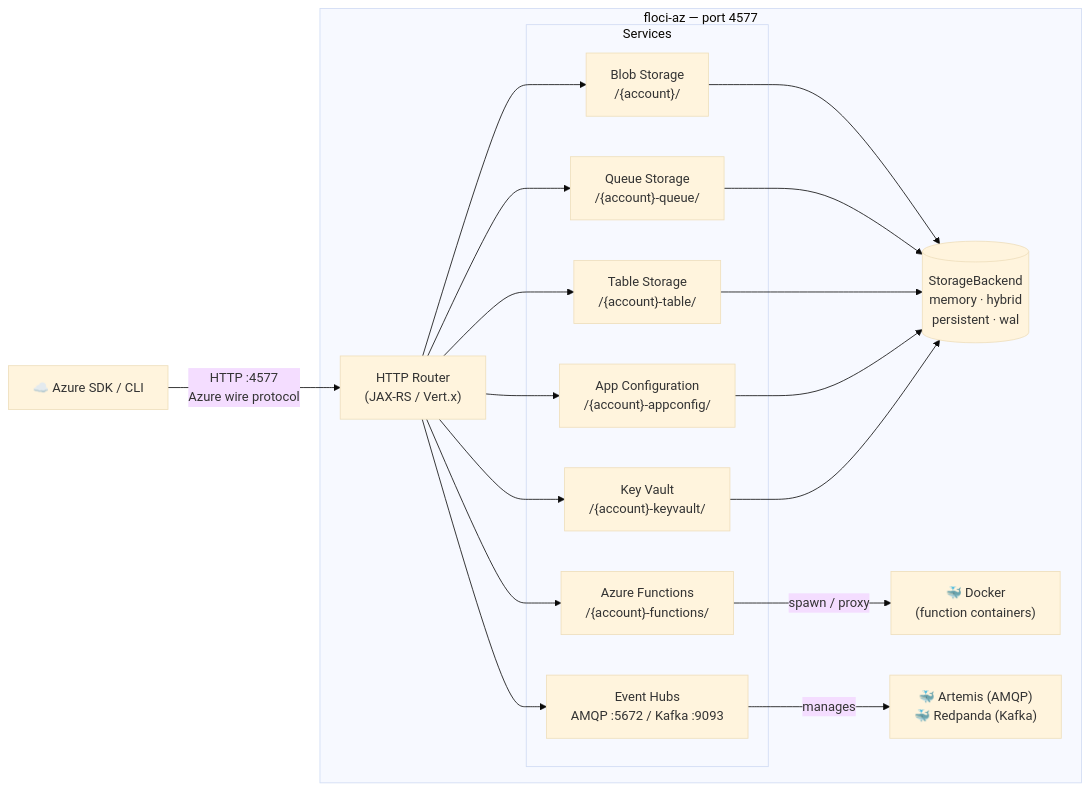
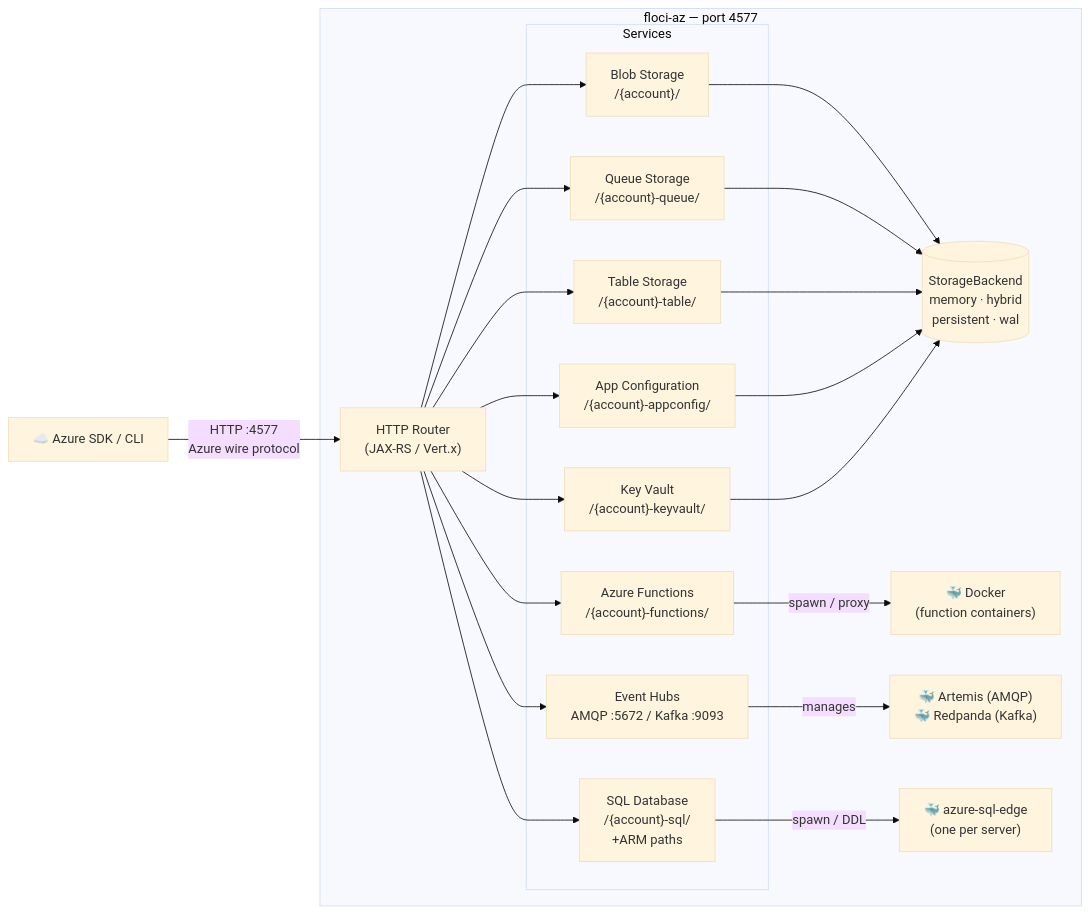
One commit to floci-io/floci-az changed the diagram in README.md. Above: the diagram before and after it, drawn with Mermaid (base theme). The commit also changed other lines of this file and 4 other files, not shown here.

First line of the commit message:
docs(sql): Add Azure SQL Database emulation

````diff
--- a/README.md
+++ b/README.md
@@ -147,31 +148,34 @@
 ```mermaid
 flowchart LR
     Client["☁️ Azure SDK / CLI"]
 
     subgraph floci-az ["floci-az — port 4577"]
         Router["HTTP Router\n(JAX-RS / Vert.x)"]
 
         subgraph Services ["Services"]
             A["Blob Storage\n/{account}/"]
             B["Queue Storage\n/{account}-queue/"]
             C["Table Storage\n/{account}-table/"]
             D["Azure Functions\n/{account}-functions/"]
             E["App Configuration\n/{account}-appconfig/"]
             F["Key Vault\n/{account}-keyvault/"]
             G["Event Hubs\nAMQP :5672 / Kafka :9093"]
+        H["SQL Database\n/{account}-sql/\n+ARM paths"]
         end
 
         Router --> A
         Router --> B
         Router --> C
         Router --> D
         Router --> E
         Router --> F
         Router --> G
+        Router --> H
         A & B & C & E & F --> Store[("StorageBackend\nmemory · hybrid\npersistent · wal")]
         D -->|" spawn / proxy "| Docker["🐳 Docker\n(function containers)"]
         G -->|" manages "| Sidecars["🐳 Artemis (AMQP)\n🐳 Redpanda (Kafka)"]
+        H -->|" spawn / DDL "| SqlContainers["🐳 azure-sql-edge\n(one per server)"]
     end
 
     Client -->|" HTTP :4577\nAzure wire protocol "| Router
 ```
````
